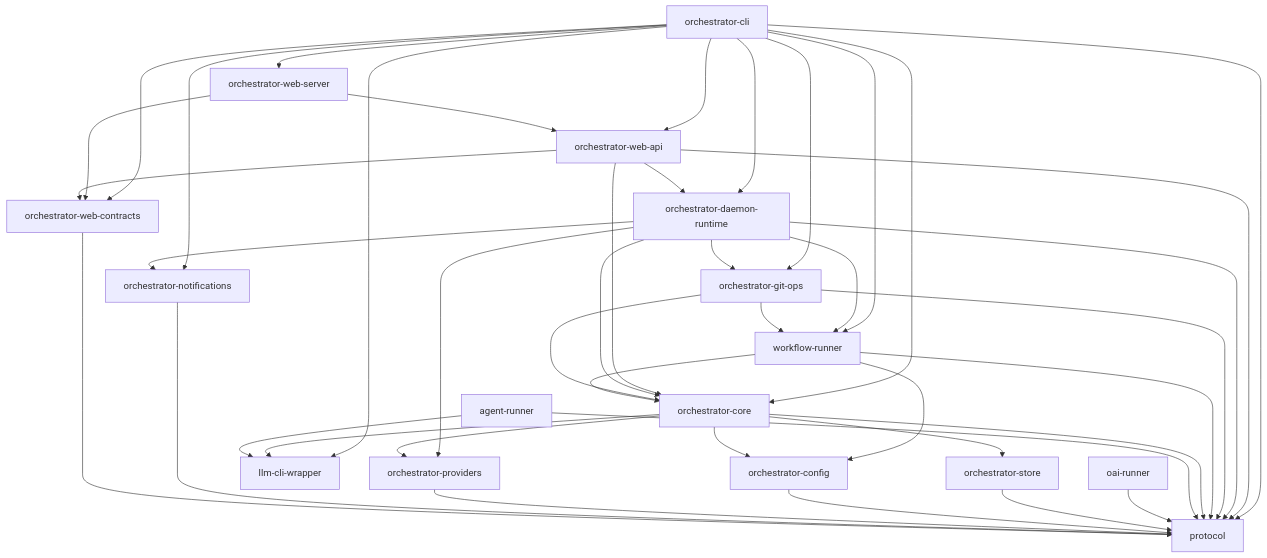
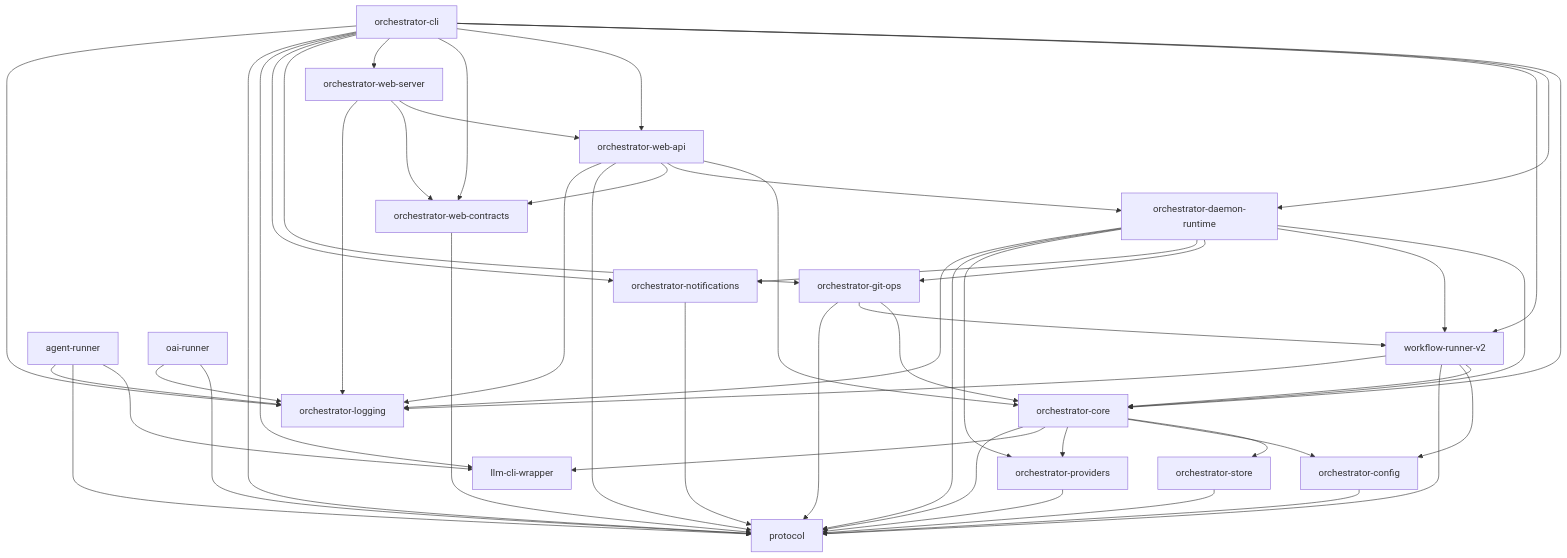
Before and after one commit to renakdata17/animus-cli: the diagram in docs/architecture/index.md, drawn with Mermaid. The commit also changed other lines of this file and 28 other files, not shown here.

````diff
--- a/docs/architecture/index.md
+++ b/docs/architecture/index.md
@@ -7,69 +7,77 @@
 ```mermaid
 graph TD
     CLI[orchestrator-cli]
     CORE[orchestrator-core]
     PROTO[protocol]
     STORE[orchestrator-store]
     CONFIG[orchestrator-config]
     DAEMON[orchestrator-daemon-runtime]
-    WR[workflow-runner]
+    WR[workflow-runner-v2]
     AR[agent-runner]
     LLM[llm-cli-wrapper]
     OAI[oai-runner]
+    LOG[orchestrator-logging]
     WAPI[orchestrator-web-api]
     WCON[orchestrator-web-contracts]
     WSRV[orchestrator-web-server]
     PROV[orchestrator-providers]
     NOTIF[orchestrator-notifications]
     GIT[orchestrator-git-ops]
 
     CLI --> CORE
     CLI --> DAEMON
     CLI --> WR
     CLI --> WAPI
     CLI --> WCON
     CLI --> WSRV
     CLI --> GIT
     CLI --> NOTIF
     CLI --> LLM
     CLI --> PROTO
+    CLI --> LOG
 
     WSRV --> WAPI
     WSRV --> WCON
+    WSRV --> LOG
     WAPI --> CORE
     WAPI --> DAEMON
     WAPI --> WCON
     WAPI --> PROTO
+    WAPI --> LOG
 
     DAEMON --> CORE
     DAEMON --> WR
     DAEMON --> GIT
     DAEMON --> NOTIF
     DAEMON --> PROV
     DAEMON --> PROTO
+    DAEMON --> LOG
 
     GIT --> CORE
     GIT --> WR
     GIT --> PROTO
 
     WR --> CORE
     WR --> CONFIG
     WR --> PROTO
+    WR --> LOG
 
     CORE --> STORE
     CORE --> CONFIG
     CORE --> PROV
     CORE --> LLM
     CORE --> PROTO
 
     AR --> LLM
     AR --> PROTO
+    AR --> LOG
 
     OAI --> PROTO
+    OAI --> LOG
 
     STORE --> PROTO
     CONFIG --> PROTO
     PROV --> PROTO
     NOTIF --> PROTO
     WCON --> PROTO
 ```
````
